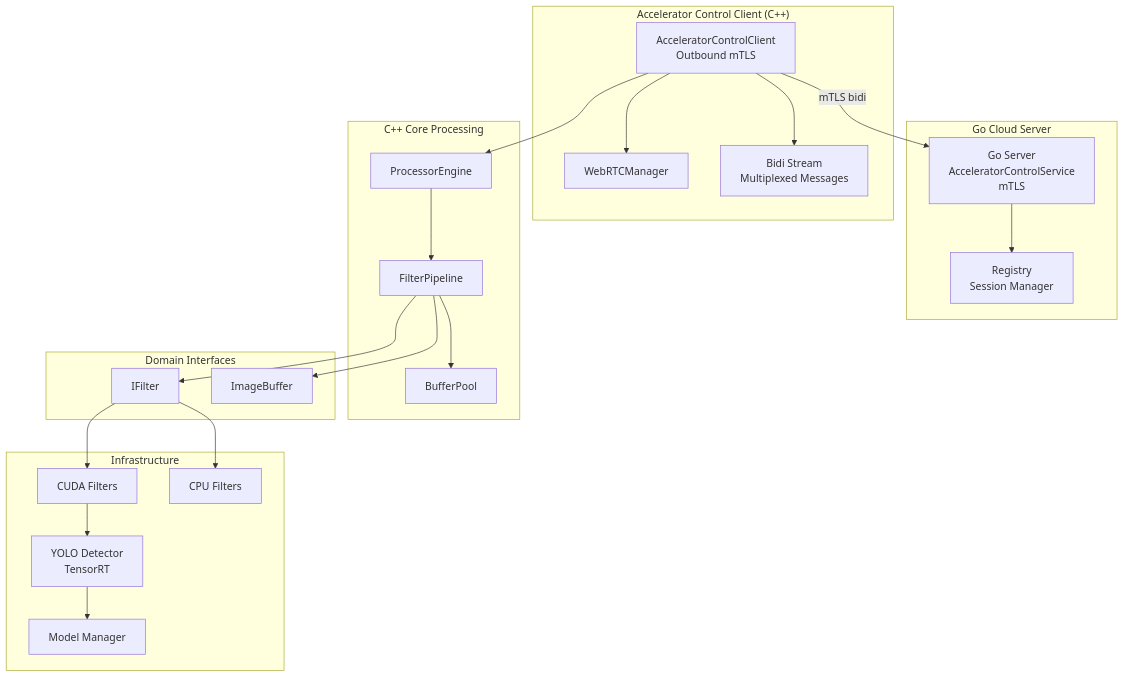
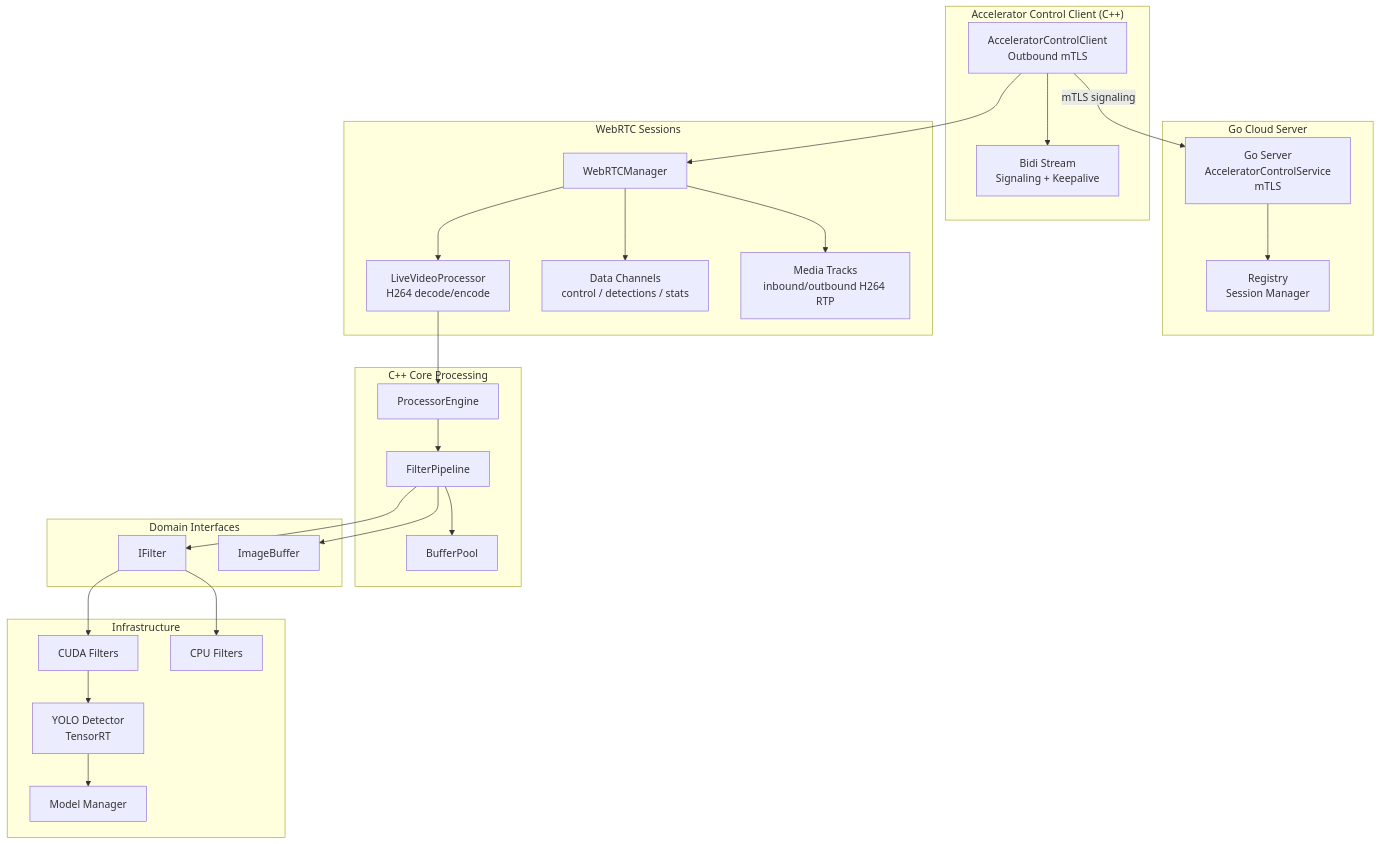
The first of 6 diagrams in src/cpp_accelerator/README.md (josnelihurt/learning-cuda), drawn with Mermaid before and after one commit. The commit also changed other lines of this file and 6 other files, not shown here.

````diff
--- a/src/cpp_accelerator/README.md
+++ b/src/cpp_accelerator/README.md
@@ -31,47 +31,57 @@
 ```mermaid
 graph TB
     subgraph "Go Cloud Server"
         GoServer[Go Server<br/>AcceleratorControlService<br/>mTLS]
         Registry[Registry<br/>Session Manager]
     end
 
     subgraph "Accelerator Control Client (C++)"
         AccelClient[AcceleratorControlClient<br/>Outbound mTLS]
+        BidiStream[Bidi Stream<br/>Signaling + Keepalive]
+    end
+
+    subgraph "WebRTC Sessions"
         WebRTCMgr[WebRTCManager]
-        BidiStream[Bidi Stream<br/>Multiplexed Messages]
+        LiveVP[LiveVideoProcessor<br/>H264 decode/encode]
+        DataChannels[Data Channels<br/>control / detections / stats]
+        MediaTracks[Media Tracks<br/>inbound/outbound H264 RTP]
     end
 
     subgraph "C++ Core Processing"
         ProcessorEngine[ProcessorEngine]
         FilterPipeline[FilterPipeline]
         BufferPool[BufferPool]
     end
 
     subgraph "Domain Interfaces"
         IFilter[IFilter]
         ImageBuffer[ImageBuffer]
     end
 
     subgraph "Infrastructure"
         CudaFilters[CUDA Filters]
         CpuFilters[CPU Filters]
         YOLODetector[YOLO Detector<br/>TensorRT]
         ModelManager[Model Manager]
     end
 
     GoServer --> Registry
 
-    AccelClient -->|mTLS bidi| GoServer
+    AccelClient -->|mTLS signaling| GoServer
     AccelClient --> BidiStream
     AccelClient --> WebRTCMgr
-    AccelClient --> ProcessorEngine
+
+    WebRTCMgr --> LiveVP
+    WebRTCMgr --> DataChannels
+    WebRTCMgr --> MediaTracks
+    LiveVP --> ProcessorEngine
 
     ProcessorEngine --> FilterPipeline
     FilterPipeline --> BufferPool
     FilterPipeline --> IFilter
     IFilter --> CudaFilters
     IFilter --> CpuFilters
     CudaFilters --> YOLODetector
     YOLODetector --> ModelManager
     FilterPipeline --> ImageBuffer
 ```
````
